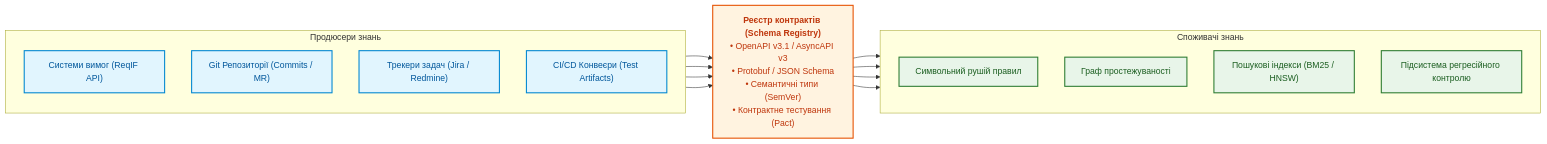
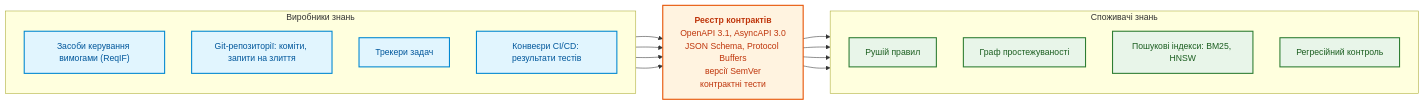
One commit to nick-fedchik/articles changed the fifth of 5 diagrams in ExpertSystem/ch16-expert-systems-architecture.md. Above: the diagram before and after it, drawn with Mermaid. The commit also changed other lines of this file and 1 other file, not shown here.

````diff
--- a/ExpertSystem/ch16-expert-systems-architecture.md
+++ b/ExpertSystem/ch16-expert-systems-architecture.md
@@ -323,41 +373,34 @@
 ```mermaid
 flowchart LR
-    accTitle: Архітектура контрактів даних між підсистемами
-    accDescr: Джерела знань публікують події через Реєстр схем і типізовані контракти для споживачів.
+    accTitle: Контракти даних між виробниками і споживачами знань
+    accDescr: Виробники знань публікують події через реєстр контрактів, який перевіряє схеми й версії, перш ніж події отримають споживачі.
 
-    subgraph Producers["Продюсери знань"]
+    subgraph Producers["Виробники знань"]
         direction TB
-        P1["Системи вимог (ReqIF API)"]
-        P2["Git Репозиторії (Commits / MR)"]
-        P3["Трекери задач (Jira / Redmine)"]
-        P4["CI/CD Конвеєри (Test Artifacts)"]
+        P1["Засоби керування вимогами (ReqIF)"]
+        P2["Git-репозиторії: коміти, запити на злиття"]
+        P3["Трекери задач"]
+        P4["Конвеєри CI/CD: результати тестів"]
     end
 
-    Contract["<b>Реєстр контрактів (Schema Registry)</b><br/>• OpenAPI v3.1 / AsyncAPI v3<br/>• Protobuf / JSON Schema<br/>• Семантичні типи (SemVer)<br/>• Контрактне тестування (Pact)"]
+    Contract["<b>Реєстр контрактів</b><br/>OpenAPI 3.1, AsyncAPI 3.0<br/>JSON Schema, Protocol Buffers<br/>версії SemVer<br/>контрактні тести"]
 
     subgraph Consumers["Споживачі знань"]
         direction TB
-        C1["Символьний рушій правил"]
+        C1["Рушій правил"]
         C2["Граф простежуваності"]
-        C3["Пошукові індекси (BM25 / HNSW)"]
-        C4["Підсистема регресійного контролю"]
+        C3["Пошукові індекси: BM25, HNSW"]
+        C4["Регресійний контроль"]
     end
 
-    P1 --> Contract
-    P2 --> Contract
-    P3 --> Contract
-    P4 --> Contract
-
-    Contract --> C1
-    Contract --> C2
-    Contract --> C3
-    Contract --> C4
+    P1 & P2 & P3 & P4 --> Contract
+    Contract --> C1 & C2 & C3 & C4
 
     classDef prod fill:#e1f5fe,stroke:#0288d1,stroke-width:2px,color:#01579b;
     classDef contract fill:#fff3e0,stroke:#e65100,stroke-width:2px,color:#bf360c;
     classDef cons fill:#e8f5e9,stroke:#2e7d32,stroke-width:2px,color:#1b5e20;
 
     class P1,P2,P3,P4 prod;
     class Contract contract;
     class C1,C2,C3,C4 cons;
 ```
````
